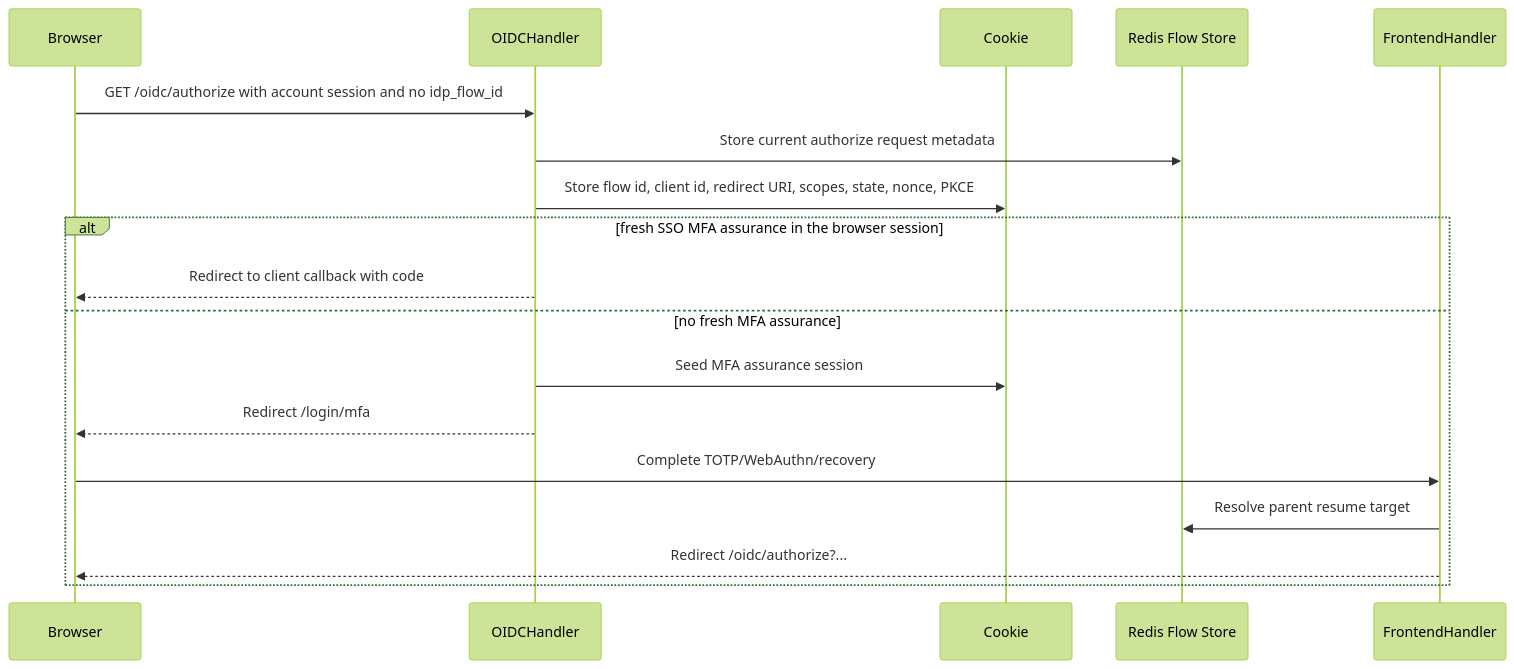
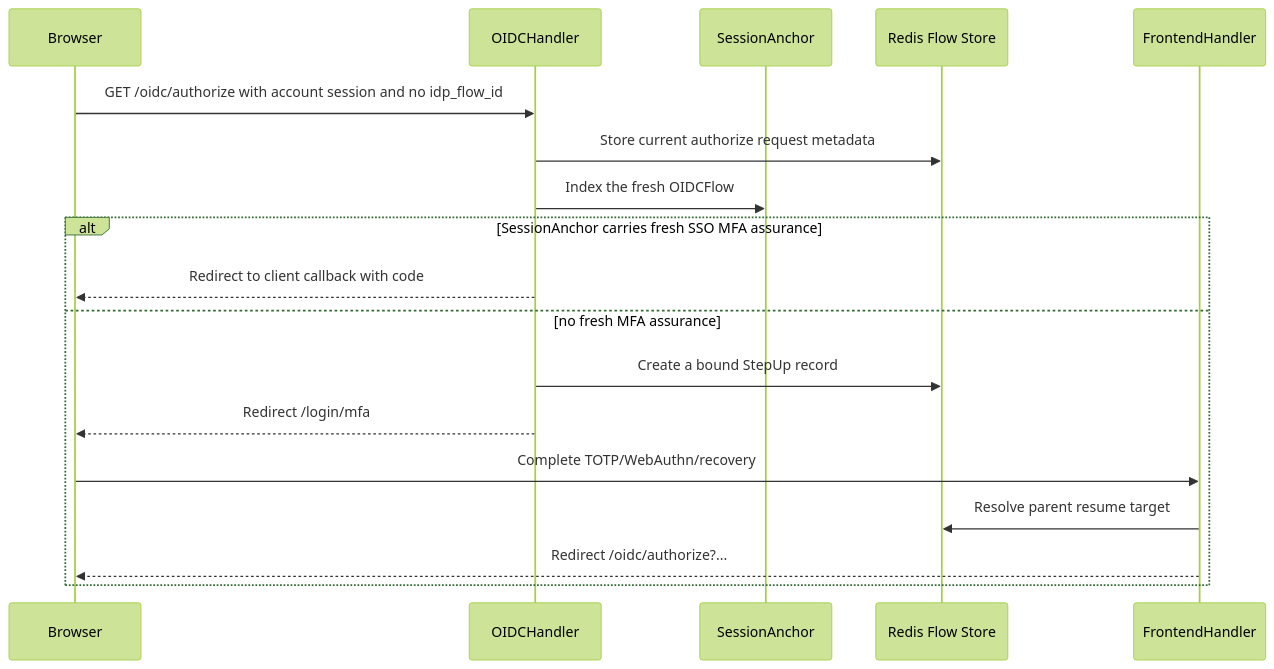
The third of 9 diagrams in server/docs/development/idp-mfa-flow.md (croessner/nauthilus), drawn with Mermaid (forest theme) before and after one commit. The commit also changed other lines of this file and 69 other files, not shown here.

````diff
--- a/server/docs/development/idp-mfa-flow.md
+++ b/server/docs/development/idp-mfa-flow.md
@@ -122,21 +166,21 @@
 ```mermaid
 sequenceDiagram
   participant Browser
   participant OIDC as OIDCHandler
-  participant Cookie
+  participant Anchor as SessionAnchor
   participant FlowStore as Redis Flow Store
   participant Frontend as FrontendHandler
 
   Browser->>OIDC: GET /oidc/authorize with account session and no idp_flow_id
   OIDC->>FlowStore: Store current authorize request metadata
-  OIDC->>Cookie: Store flow id, client id, redirect URI, scopes, state, nonce, PKCE
-  alt fresh SSO MFA assurance in the browser session
+  OIDC->>Anchor: Index the fresh OIDCFlow
+  alt SessionAnchor carries fresh SSO MFA assurance
     OIDC-->>Browser: Redirect to client callback with code
   else no fresh MFA assurance
-    OIDC->>Cookie: Seed MFA assurance session
+    OIDC->>FlowStore: Create a bound StepUp record
     OIDC-->>Browser: Redirect /login/mfa
     Browser->>Frontend: Complete TOTP/WebAuthn/recovery
     Frontend->>FlowStore: Resolve parent resume target
     Frontend-->>Browser: Redirect /oidc/authorize?...
   end
 ```
````
